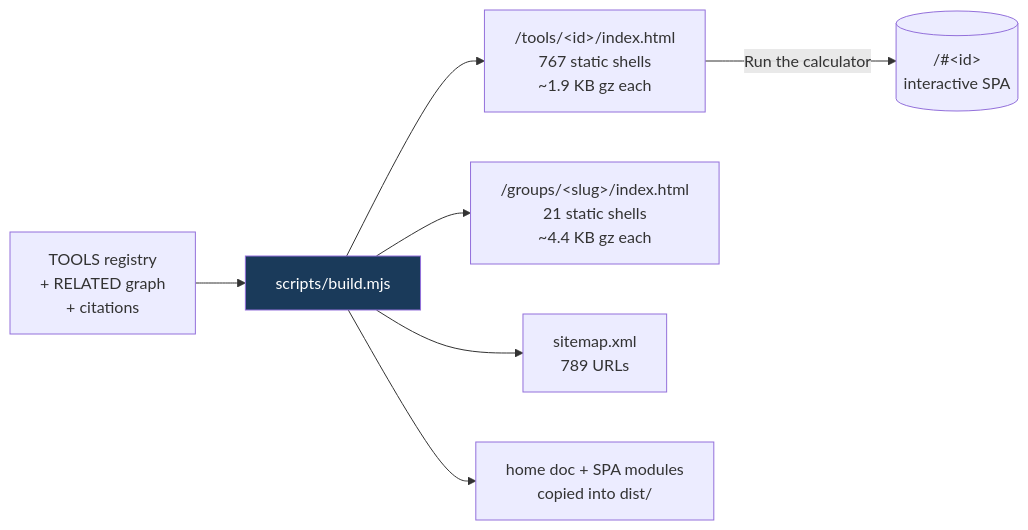
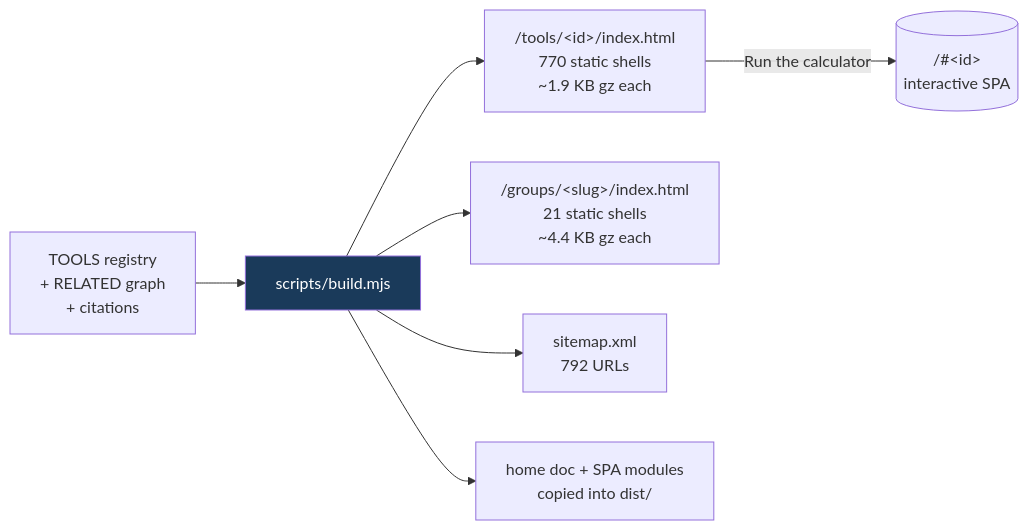
One commit to clay-good/roughlogic.com changed the fifth of 8 diagrams in README.md. Above: the diagram before and after it, drawn with Mermaid. The commit also changed other lines of this file and 19 other files, not shown here.

````diff
--- a/README.md
+++ b/README.md
@@ -495,10 +495,10 @@
 ```mermaid
 flowchart LR
     SRC[TOOLS registry\n+ RELATED graph\n+ citations] --> BUILD[scripts/build.mjs]
-    BUILD --> TILE["/tools/&lt;id&gt;/index.html\n767 static shells\n~1.9 KB gz each"]
+    BUILD --> TILE["/tools/&lt;id&gt;/index.html\n770 static shells\n~1.9 KB gz each"]
     BUILD --> GROUP["/groups/&lt;slug&gt;/index.html\n21 static shells\n~4.4 KB gz each"]
-    BUILD --> MAP["sitemap.xml\n789 URLs"]
+    BUILD --> MAP["sitemap.xml\n792 URLs"]
     BUILD --> COPY[home doc + SPA modules\ncopied into dist/]
     TILE -->|Run the calculator| SPA[("/#&lt;id&gt;\ninteractive SPA")]
     style BUILD fill:#1a3a5a,color:#fff
 ```
````
